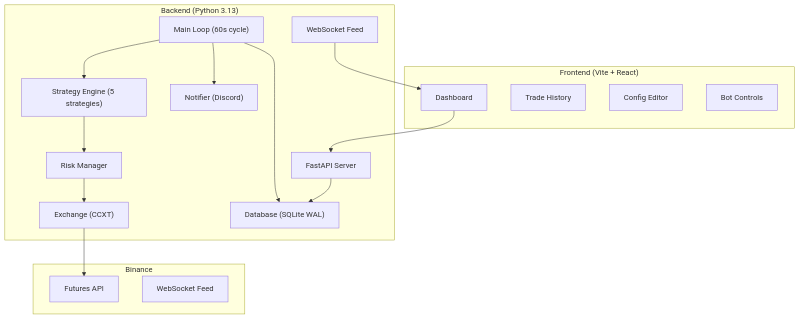
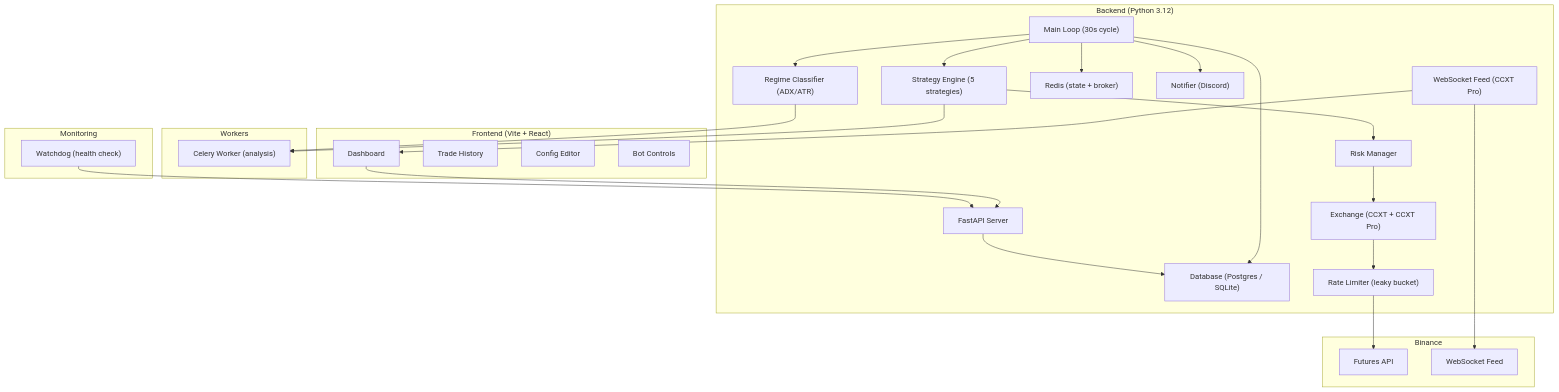
Before and after one commit to henriquebonfim/omni-trader-hub: the diagram in ROADMAP.md, drawn with Mermaid. The commit also changed other lines of this file and 8 other files, not shown here.

````diff
--- a/ROADMAP.md
+++ b/ROADMAP.md
@@ -243,35 +316,53 @@
 ```mermaid
 graph TB
-    subgraph "Backend (Python 3.13)"
-        ML["Main Loop (60s cycle)"]
+    subgraph "Backend (Python 3.12)"
+        ML["Main Loop (30s cycle)"]
         ST["Strategy Engine (5 strategies)"]
+        RG["Regime Classifier (ADX/ATR)"]
         RM["Risk Manager"]
-        EX["Exchange (CCXT)"]
-        DB["Database (SQLite WAL)"]
+        EX["Exchange (CCXT + CCXT Pro)"]
+        DB["Database (Postgres / SQLite)"]
+        RD["Redis (state + broker)"]
         NT["Notifier (Discord)"]
         API["FastAPI Server"]
-        WS["WebSocket Feed"]
+        WS["WebSocket Feed (CCXT Pro)"]
+        RL["Rate Limiter (leaky bucket)"]
+    end
+
+    subgraph "Workers"
+        CW["Celery Worker (analysis)"]
+    end
+
+    subgraph "Monitoring"
+        WD["Watchdog (health check)"]
     end
 
     subgraph "Frontend (Vite + React)"
         DASH["Dashboard"]
         TRADES["Trade History"]
         CONF["Config Editor"]
         CTRL["Bot Controls"]
     end
 
     subgraph "Binance"
         BIN_API["Futures API"]
         BIN_WS["WebSocket Feed"]
     end
 
     ML --> ST
+    ML --> RG
+    ST --> CW
+    RG --> CW
     ST --> RM
     RM --> EX
-    EX --> BIN_API
+    EX --> RL
+    RL --> BIN_API
+    WS --> BIN_WS
     ML --> DB
+    ML --> RD
     ML --> NT
     API --> DB
     WS --> DASH
     DASH --> API
+    WD --> API
 ```
````
